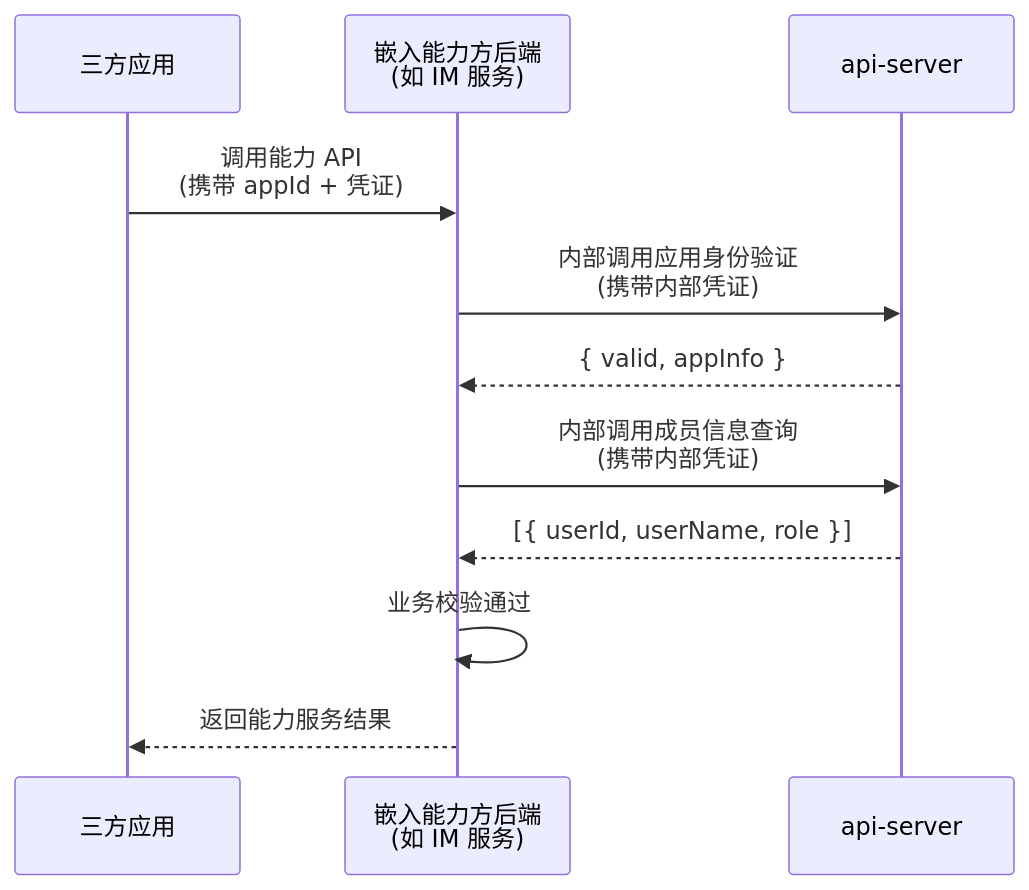
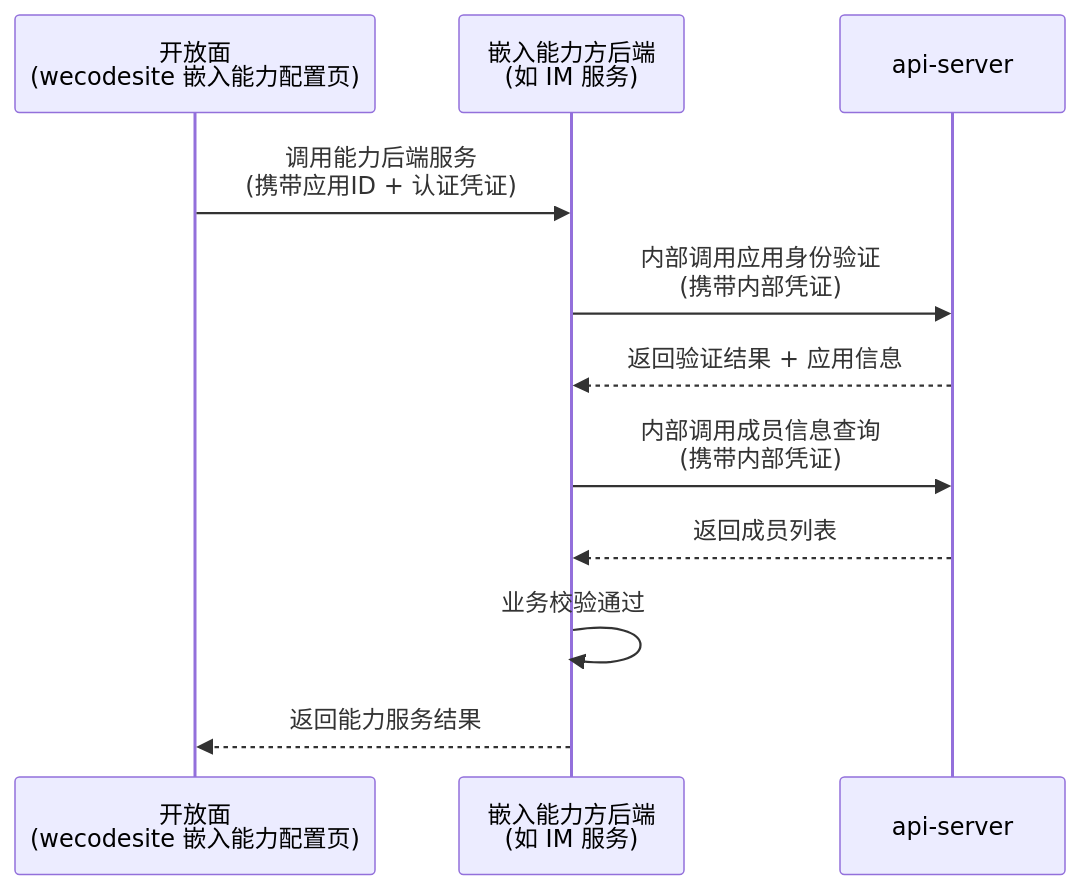
Before and after one commit to THZSummer/open-app: the diagram in .sddu/specs-tree-root/specs-tree-ability-embedding/specs-tree-embedding-api/spec.md, drawn with Mermaid. The commit also changed other lines of this file, not shown here.

Commit message:
docs(spec): API面 2.3 架构图去掉三方应用，只体现开放面→嵌入能力方后端→api-server
- 2.1 问题背景: 去掉'三方应用订阅'表述，改为'嵌入能力方配置页通过微前端嵌入wecodesite后'的视角
- 2.3 架构关系: 三方应用 → 开放面，链路简化为 开放面→嵌入能力方后端→api-server

````diff
--- a/.sddu/specs-tree-root/specs-tree-ability-embedding/specs-tree-embedding-api/spec.md
+++ b/.sddu/specs-tree-root/specs-tree-ability-embedding/specs-tree-embedding-api/spec.md
@@ -53,14 +53,14 @@
 ```mermaid
 sequenceDiagram
-    participant App as 三方应用
-    participant EmbedProvider as 嵌入能力方后端<br/>(如 IM 服务)
+    participant OpenFace as 开放面<br/>(wecodesite 嵌入能力配置页)
+    participant EmbedBackend as 嵌入能力方后端<br/>(如 IM 服务)
     participant APIServer as api-server
 
-    App->>EmbedProvider: 调用能力 API<br/>(携带 appId + 凭证)
-    EmbedProvider->>APIServer: 内部调用应用身份验证<br/>(携带内部凭证)
-    APIServer-->>EmbedProvider: { valid, appInfo }
-    EmbedProvider->>APIServer: 内部调用成员信息查询<br/>(携带内部凭证)
-    APIServer-->>EmbedProvider: [{ userId, userName, role }]
-    EmbedProvider->>EmbedProvider: 业务校验通过
-    EmbedProvider-->>App: 返回能力服务结果
+    OpenFace->>EmbedBackend: 调用能力后端服务<br/>(携带应用ID + 认证凭证)
+    EmbedBackend->>APIServer: 内部调用应用身份验证<br/>(携带内部凭证)
+    APIServer-->>EmbedBackend: 返回验证结果 + 应用信息
+    EmbedBackend->>APIServer: 内部调用成员信息查询<br/>(携带内部凭证)
+    APIServer-->>EmbedBackend: 返回成员列表
+    EmbedBackend->>EmbedBackend: 业务校验通过
+    EmbedBackend-->>OpenFace: 返回能力服务结果
 ```
````
